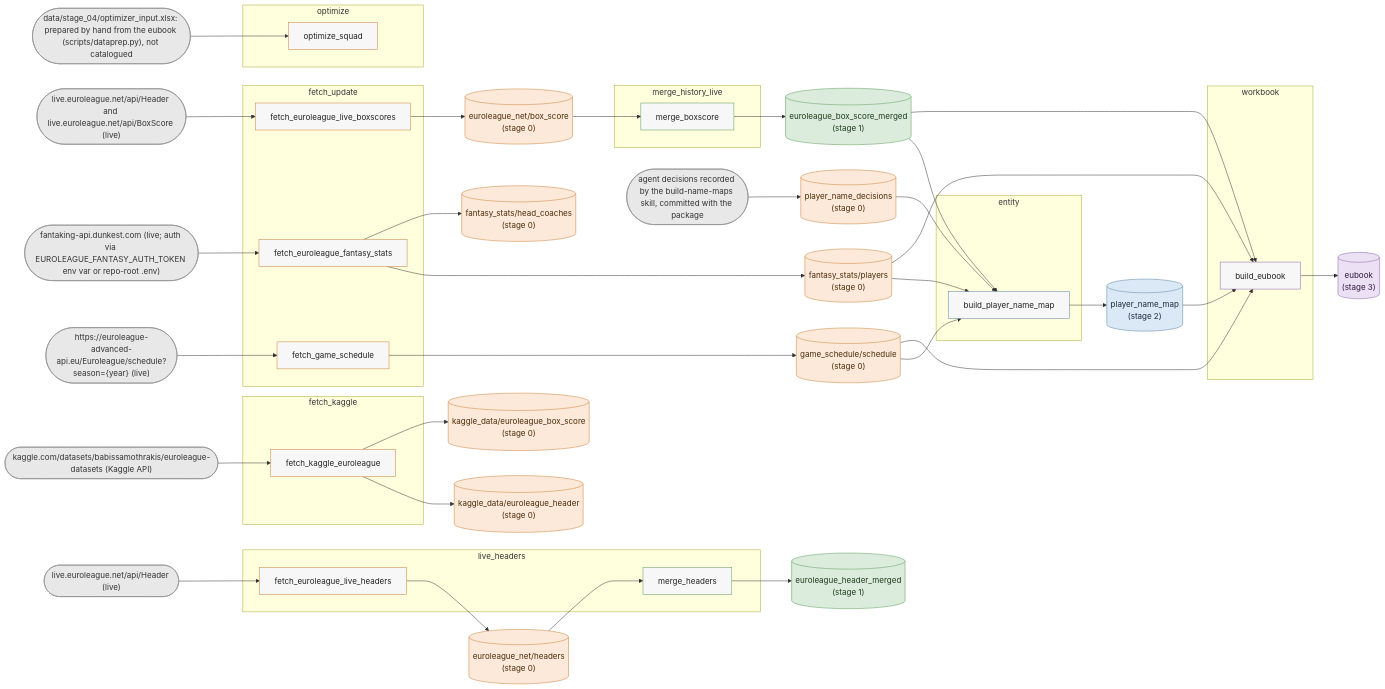
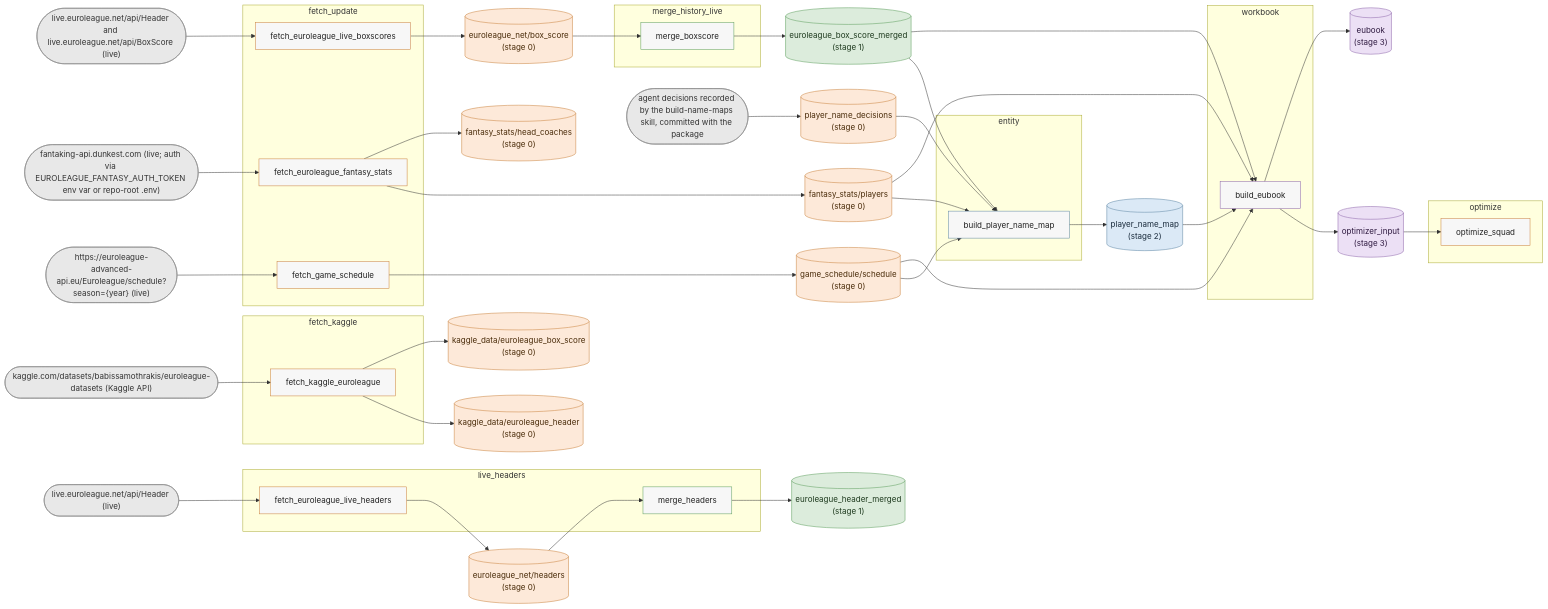
Before and after one commit to Takfes/indie-euroleague: the diagram in docs/data-graph.md, drawn with Mermaid. The commit also changed 15 other files, not shown here.

First line of the commit message:
feat(eubook): write stage_03/optimizer_input.xlsx; add clean-data-stages; document the objective

````diff
--- a/docs/data-graph.md
+++ b/docs/data-graph.md
@@ -8,7 +8,6 @@
 flowchart LR
     %% external sources
     x_agent_decisions_recorded_by_the_build_name_maps_skill__committed_with_the_package(["agent decisions recorded by the build-name-maps skill, committed with the package"])
-    x_data_stage_04_optimizer_input_xlsx__prepared_by_hand_from_the_eubook__scripts_dataprep_py___not_catalogued(["data/stage_04/optimizer_input.xlsx: prepared by hand from the eubook (scripts/dataprep.py), not catalogued"])
     x_fantaking_api_dunkest_com__live__auth_via_EUROLEAGUE_FANTASY_AUTH_TOKEN_env_var_or_repo_root__env_(["fantaking-api.dunkest.com (live; auth via EUROLEAGUE_FANTASY_AUTH_TOKEN env var or repo-root .env)"])
     x_https___euroleague_advanced_api_eu_Euroleague_schedule_season__year___live_(["https://euroleague-advanced-api.eu/Euroleague/schedule?season={year} (live)"])
     x_kaggle_com_datasets_babissamothrakis_euroleague_datasets__Kaggle_API_(["kaggle.com/datasets/babissamothrakis/euroleague-datasets (Kaggle API)"])
@@ -54,6 +53,7 @@
     d_euroleague_header_merged[("euroleague_header_merged<br/>(stage 1)")]
     d_player_name_map[("player_name_map<br/>(stage 2)")]
     d_eubook[("eubook<br/>(stage 3)")]
+    d_optimizer_input[("optimizer_input<br/>(stage 3)")]
 
     %% edges
     d_euroleague_box_score_merged --> s_build_eubook
@@ -64,9 +64,11 @@
     d_fantasy_stats_players --> s_build_player_name_map
     d_game_schedule_schedule --> s_build_eubook
     d_game_schedule_schedule --> s_build_player_name_map
+    d_optimizer_input --> s_optimize_squad
     d_player_name_decisions --> s_build_player_name_map
     d_player_name_map --> s_build_eubook
     s_build_eubook --> d_eubook
+    s_build_eubook --> d_optimizer_input
     s_build_player_name_map --> d_player_name_map
     s_fetch_euroleague_fantasy_stats --> d_fantasy_stats_head_coaches
     s_fetch_euroleague_fantasy_stats --> d_fantasy_stats_players
@@ -78,7 +80,6 @@
     s_merge_boxscore --> d_euroleague_box_score_merged
     s_merge_headers --> d_euroleague_header_merged
     x_agent_decisions_recorded_by_the_build_name_maps_skill__committed_with_the_package --> d_player_name_decisions
-    x_data_stage_04_optimizer_input_xlsx__prepared_by_hand_from_the_eubook__scripts_dataprep_py___not_catalogued --> s_optimize_squad
     x_fantaking_api_dunkest_com__live__auth_via_EUROLEAGUE_FANTASY_AUTH_TOKEN_env_var_or_repo_root__env_ --> s_fetch_euroleague_fantasy_stats
     x_https___euroleague_advanced_api_eu_Euroleague_schedule_season__year___live_ --> s_fetch_game_schedule
     x_kaggle_com_datasets_babissamothrakis_euroleague_datasets__Kaggle_API_ --> s_fetch_kaggle_euroleague
@@ -99,9 +100,9 @@
     class s_merge_boxscore,s_merge_headers script_stage1
     class s_build_player_name_map script_stage2
     class s_build_eubook script_stage3
-    class x_agent_decisions_recorded_by_the_build_name_maps_skill__committed_with_the_package,x_data_stage_04_optimizer_input_xlsx__prepared_by_hand_from_the_eubook__scripts_dataprep_py___not_catalogued,x_fantaking_api_dunkest_com__live__auth_via_EUROLEAGUE_FANTASY_AUTH_TOKEN_env_var_or_repo_root__env_,x_https___euroleague_advanced_api_eu_Euroleague_schedule_season__year___live_,x_kaggle_com_datasets_babissamothrakis_euroleague_datasets__Kaggle_API_,x_live_euroleague_net_api_Header__live_,x_live_euroleague_net_api_Header_and_live_euroleague_net_api_BoxScore__live_ source
+    class x_agent_decisions_recorded_by_the_build_name_maps_skill__committed_with_the_package,x_fantaking_api_dunkest_com__live__auth_via_EUROLEAGUE_FANTASY_AUTH_TOKEN_env_var_or_repo_root__env_,x_https___euroleague_advanced_api_eu_Euroleague_schedule_season__year___live_,x_kaggle_com_datasets_babissamothrakis_euroleague_datasets__Kaggle_API_,x_live_euroleague_net_api_Header__live_,x_live_euroleague_net_api_Header_and_live_euroleague_net_api_BoxScore__live_ source
     class d_euroleague_net_box_score,d_euroleague_net_headers,d_fantasy_stats_head_coaches,d_fantasy_stats_players,d_game_schedule_schedule,d_kaggle_data_euroleague_box_score,d_kaggle_data_euroleague_header,d_player_name_decisions stage0
     class d_euroleague_box_score_merged,d_euroleague_header_merged stage1
     class d_player_name_map stage2
-    class d_eubook stage3
+    class d_eubook,d_optimizer_input stage3
 ```
````
